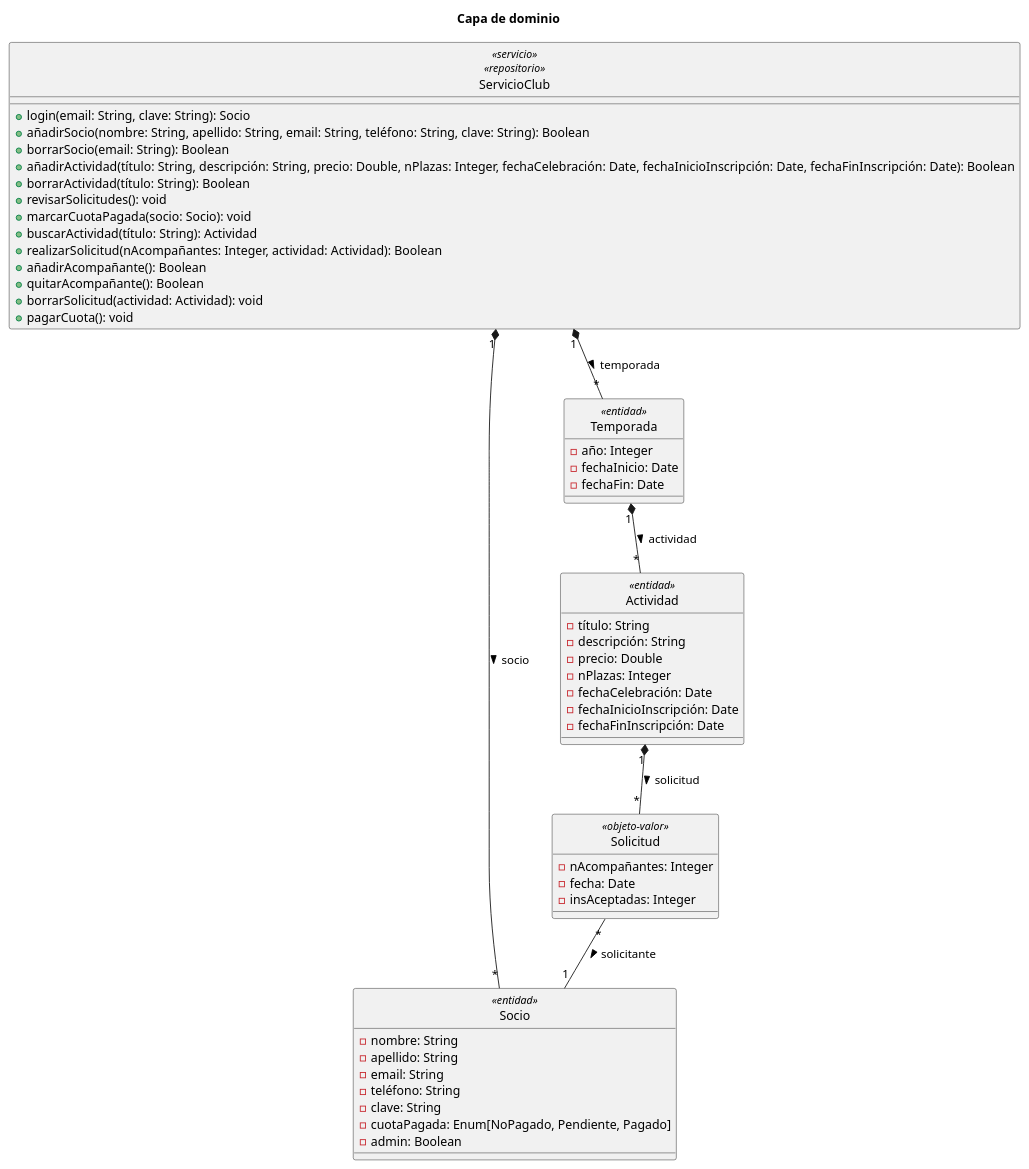
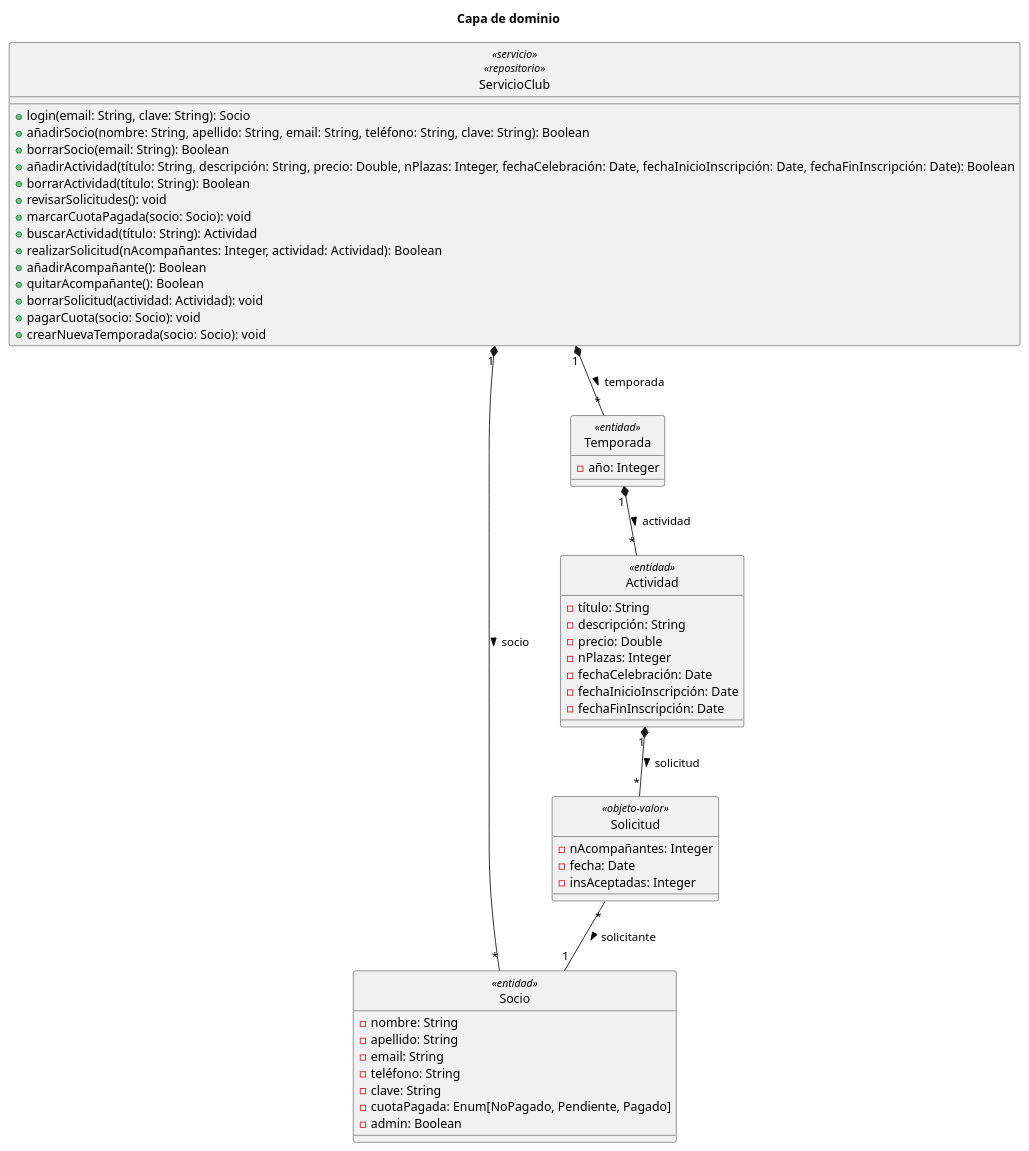
The diagram in diagramaDominio.puml (fjja0004/DAE-2024-fjja0004-scr00043-jfb00009), drawn with PlantUML before and after one commit.

Commit message:
Modificación UML: Añado el método crearNuevaTemporada y modifico la clase Temporada y el método pagarCuota

```diff
--- a/diagramaDominio.puml
+++ b/diagramaDominio.puml
@@ -1,60 +1,59 @@
 @startuml
 title "Capa de dominio"
 hide circle
 'skinparam classAttributeIconSize 0
 
 class ServicioClub <<servicio>> <<repositorio>> {
     + login(email: String, clave: String): Socio
     + añadirSocio(nombre: String, apellido: String, email: String, teléfono: String, clave: String): Boolean
     + borrarSocio(email: String): Boolean
     + añadirActividad(título: String, descripción: String, precio: Double, nPlazas: Integer, fechaCelebración: Date, fechaInicioInscripción: Date, fechaFinInscripción: Date): Boolean
     + borrarActividad(título: String): Boolean
     + revisarSolicitudes(): void
     + marcarCuotaPagada(socio: Socio): void
     + buscarActividad(título: String): Actividad
     + realizarSolicitud(nAcompañantes: Integer, actividad: Actividad): Boolean
     + añadirAcompañante(): Boolean
     + quitarAcompañante(): Boolean
     + borrarSolicitud(actividad: Actividad): void
-    + pagarCuota(): void
+    + pagarCuota(socio: Socio): void
+    + crearNuevaTemporada(socio: Socio): void
 }
 
 class Socio <<entidad>> {
 - nombre: String
 - apellido: String
 - email: String
 - teléfono: String
 - clave: String
 - cuotaPagada: Enum[NoPagado, Pendiente, Pagado]
 - admin: Boolean
 }
 
 class Actividad <<entidad>> {
 - título: String
 - descripción: String
 - precio: Double
 - nPlazas: Integer
 - fechaCelebración: Date
 - fechaInicioInscripción: Date
 - fechaFinInscripción: Date
 }
 
 class Solicitud <<objeto-valor>> {
 - nAcompañantes: Integer
 - fecha: Date
 - insAceptadas: Integer
 }
 
 class Temporada <<entidad>> {
 - año: Integer
-- fechaInicio: Date
-- fechaFin: Date
 }
 
 Solicitud "*" -- "1" Socio : > solicitante
 Actividad "1" *-- "*" Solicitud : > solicitud
 Temporada "1" *-- "*" Actividad : > actividad
 ServicioClub "1" *-- "*" Socio : > socio
 ServicioClub "1" *-- "*" Temporada : > temporada
 
 @enduml
```
